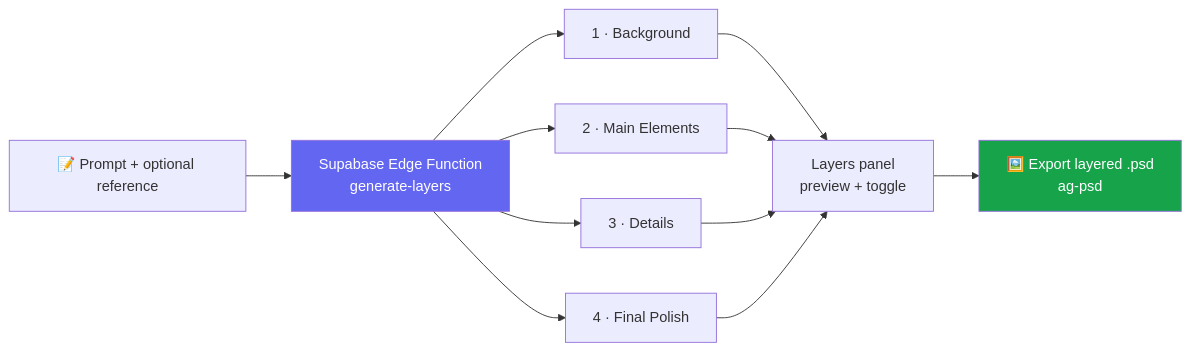
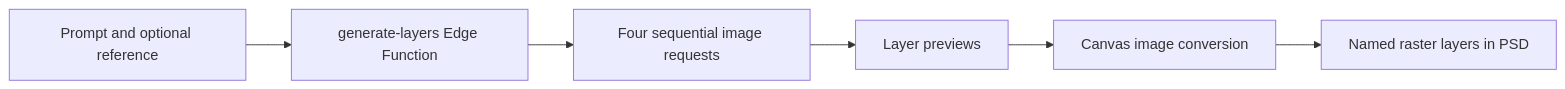
One commit to Mohammed-AB/ai-layer-designer changed the diagram in README.md. Above: the diagram before and after it, drawn with Mermaid. The commit also changed other lines of this file and 14 other files, not shown here.

````diff
--- a/README.md
+++ b/README.md
@@ -33,12 +28,8 @@
 ```mermaid
 flowchart LR
-  A[📝 Prompt + optional reference] --> B[Supabase Edge Function<br/>generate-layers]
-  B --> L1[1 · Background]
-  B --> L2[2 · Main Elements]
-  B --> L3[3 · Details]
-  B --> L4[4 · Final Polish]
-  L1 & L2 & L3 & L4 --> C[Layers panel<br/>preview + toggle]
-  C --> D[🖼️ Export layered .psd<br/>ag-psd]
-  style B fill:#6366f1,color:#fff
-  style D fill:#16a34a,color:#fff
+  Prompt[Prompt and optional reference] --> Edge[generate-layers Edge Function]
+  Edge --> Frames[Four sequential image requests]
+  Frames --> Panel[Layer previews]
+  Panel --> Canvas[Canvas image conversion]
+  Canvas --> PSD[Named raster layers in PSD]
 ```
````
